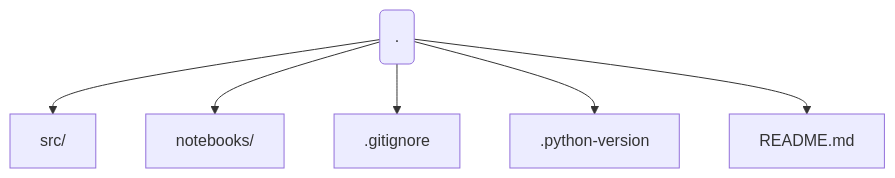
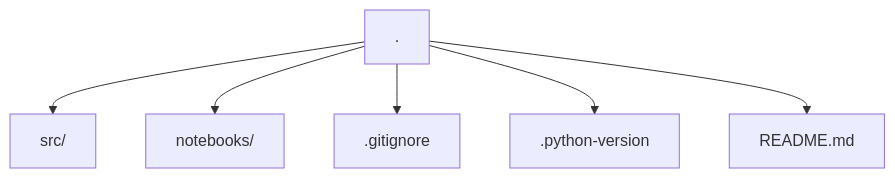
Before and after one commit to sulayaffa24/swapi-data-engineering: the first of 2 diagrams in README.md, drawn with Mermaid. The commit also changed other lines of this file, not shown here.

Commit message:
Adding a README.md

````diff
--- a/README.md
+++ b/README.md
@@ -21,9 +21,9 @@
 ``` mermaid
 flowchart TD
-    Root(.) --> src[src/]
-    Root --> nb[notebooks/]
-    Root --> git[.gitignore]
-    Root --> py[.python-version]
-    Root --> read[README.md]
+    Root[.] --> src["src/"]
+    Root --> nb["notebooks/"]
+    Root --> git[".gitignore"]
+    Root --> py[".python-version"]
+    Root --> read["README.md"]
 
 ```
````
